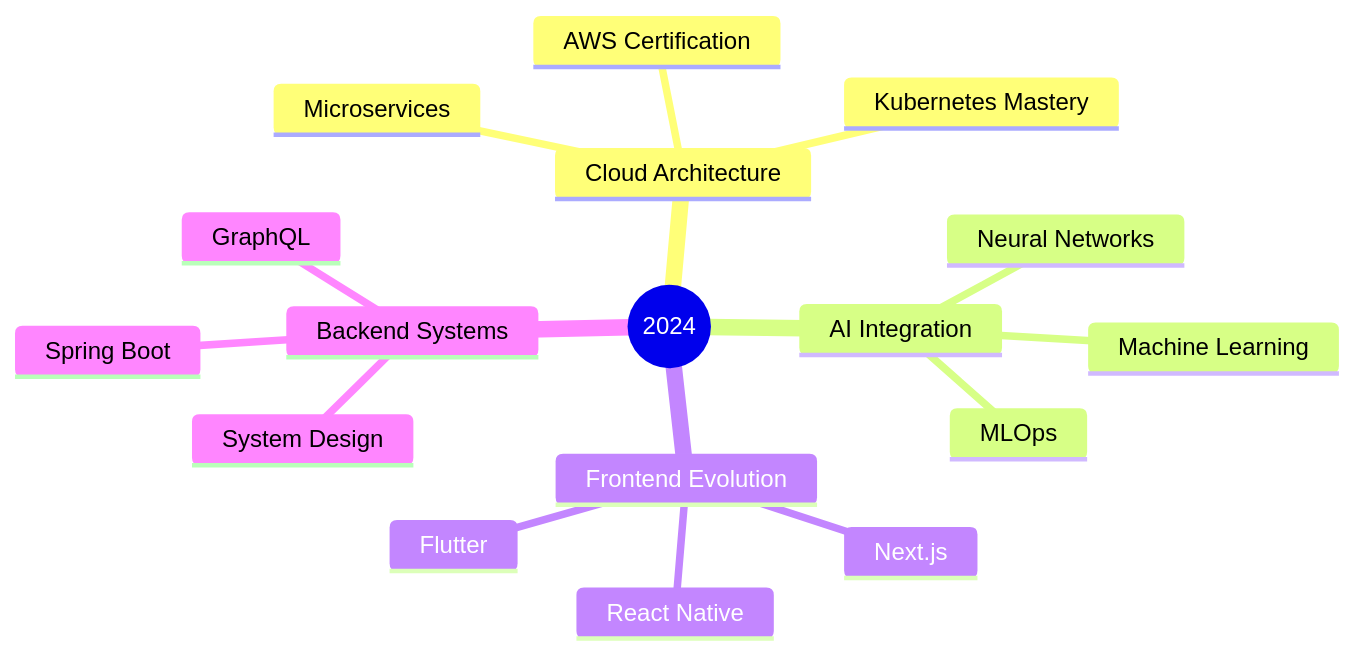
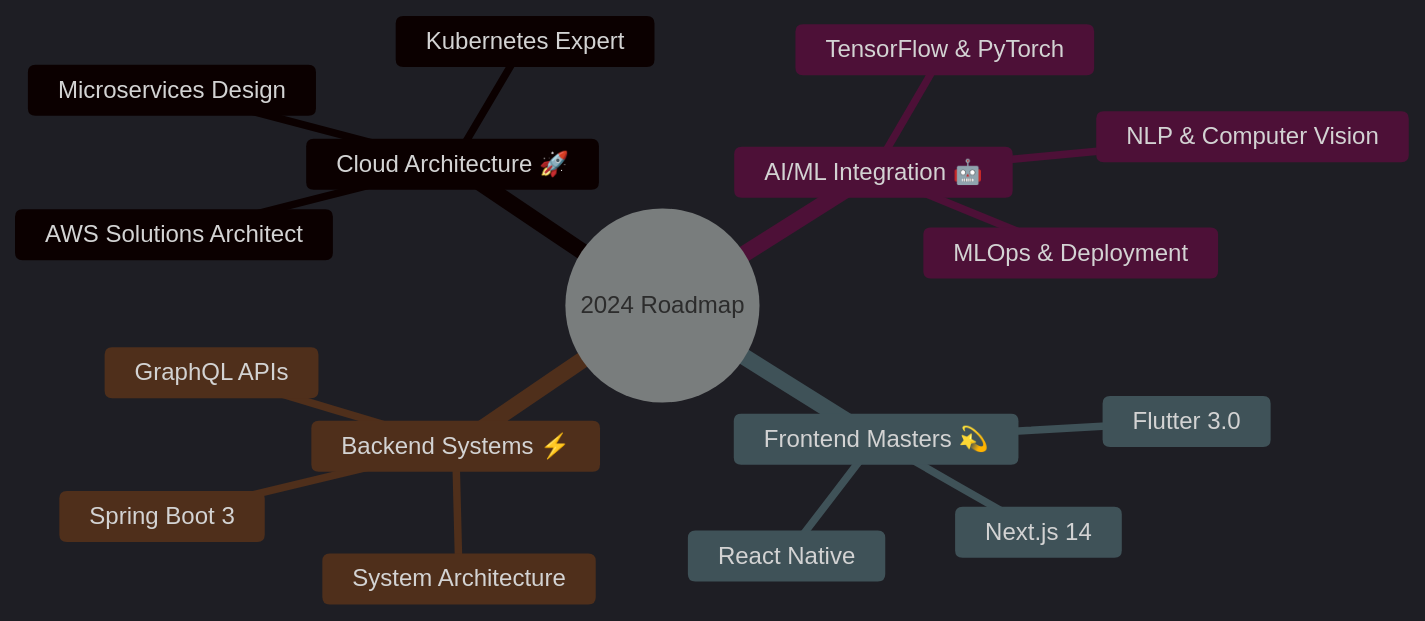
One commit to ChamathDilshanC/ChamathDilshanC changed the diagram in README.md. Above: the diagram before and after it, drawn with Mermaid. The commit also changed other lines of this file, not shown here.

````diff
--- a/README.md
+++ b/README.md
@@ -127,20 +137,21 @@
 ```mermaid
+%%{init: {'theme': 'dark', 'themeVariables': { 'primaryColor': '#6D28D9', 'textColor': '#ffffff', 'lineColor': '#4c1d95', 'fontSize': '16px'}}}%%
 mindmap
-  root((2024))
-    Cloud Architecture
-      AWS Certification
-      Kubernetes Mastery
-      Microservices
-    AI Integration
-      Machine Learning
-      Neural Networks
-      MLOps
-    Frontend Evolution
-      Next.js
+  root((2024 Roadmap))
+    Cloud Architecture 🚀
+      AWS Solutions Architect
+      Kubernetes Expert
+      Microservices Design
+    AI/ML Integration 🤖
+      TensorFlow & PyTorch
+      NLP & Computer Vision
+      MLOps & Deployment
+    Frontend Masters 💫
+      Next.js 14
       React Native
-      Flutter
-    Backend Systems
-      Spring Boot
-      GraphQL
-      System Design
+      Flutter 3.0
+    Backend Systems ⚡
+      Spring Boot 3
+      GraphQL APIs
+      System Architecture
 ```
````
